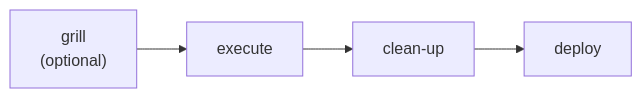
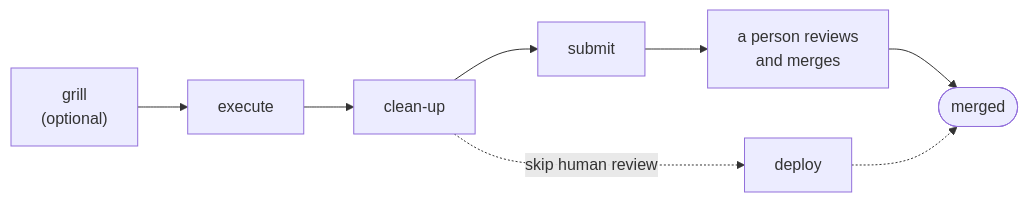
The diagram in README.md (snappedly/skills), drawn with Mermaid before and after one commit. The commit also changed other lines of this file and 14 other files, not shown here.

First line of the commit message:
feat: release 1.3.0 with submit for review (#8)

````diff
--- a/README.md
+++ b/README.md
@@ -40,4 +42,6 @@
 ```mermaid
 flowchart LR
-    grill["grill<br/>(optional)"] --> execute --> cleanup["clean-up"] --> deploy
+    grill["grill<br/>(optional)"] --> execute --> cleanup["clean-up"] --> submit --> review["a person reviews<br/>and merges"] --> merged(["merged"])
+    cleanup -.->|skip human review| deploy
+    deploy -.-> merged
 ```
````
